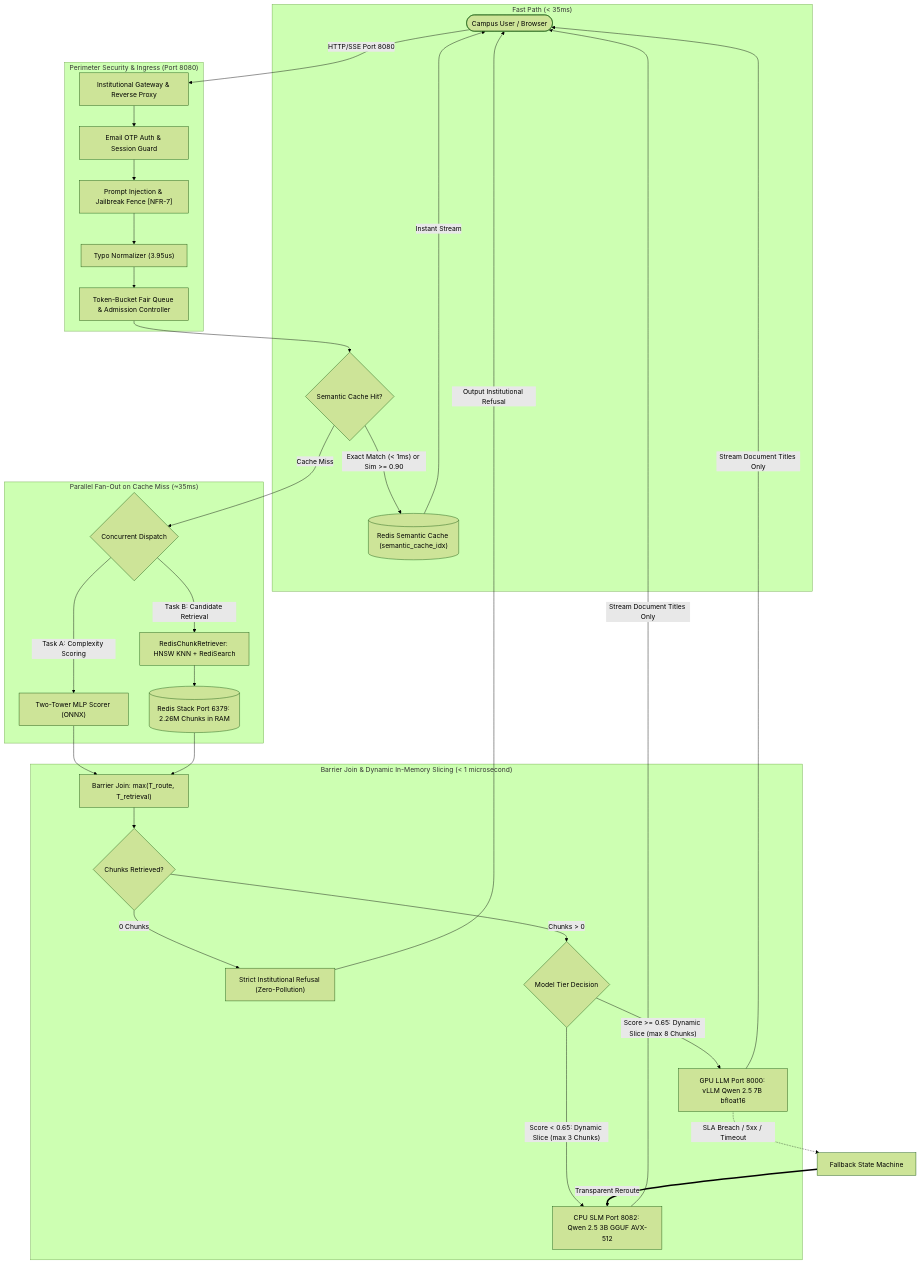
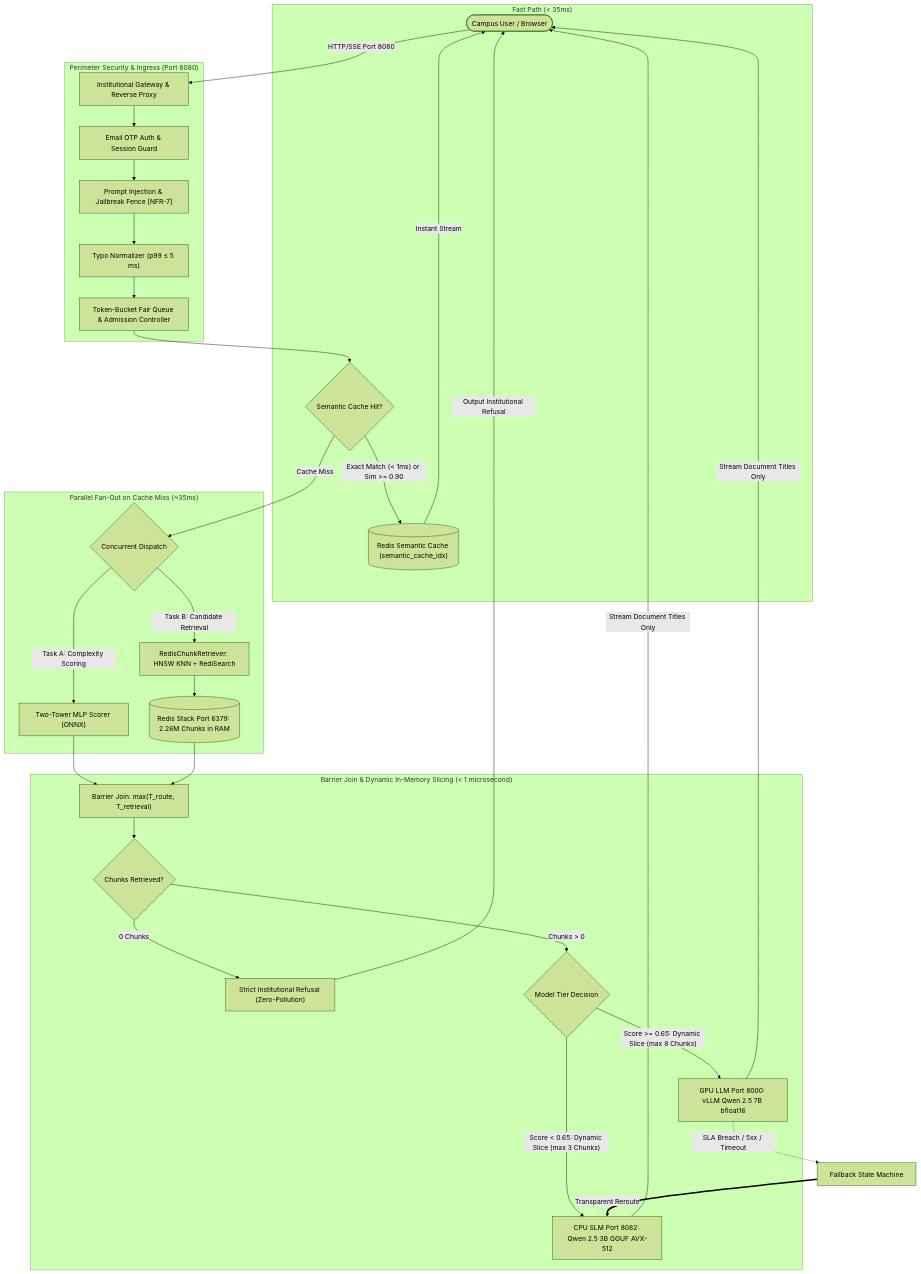
One commit to rutujmanware/Onprem-RAG-gateway changed the first of 3 diagrams in complete_system_documentation.md. Above: the diagram before and after it, drawn with Mermaid (forest theme). The commit also changed other lines of this file and 4 other files, not shown here.

````diff
--- a/complete_system_documentation.md
+++ b/complete_system_documentation.md
@@ -38,41 +38,41 @@
 ```mermaid
 flowchart TD
     User(["Campus User / Browser"]) -->|HTTP/SSE Port 8080| GW["Institutional Gateway & Reverse Proxy"]
     
     subgraph "Perimeter Security & Ingress (Port 8080)"
         GW --> Auth["Email OTP Auth & Session Guard"]
         Auth --> Injection["Prompt Injection & Jailbreak Fence [NFR-7]"]
-        Injection --> TypoNorm["Typo Normalizer (3.95us)"]
+        Injection --> TypoNorm["Typo Normalizer (p99 ≤ 5 ms)"]
         TypoNorm --> FairQ["Token-Bucket Fair Queue & Admission Controller"]
     end
 
     subgraph "Fast Path (< 35ms)"
         FairQ --> CacheCheck{"Semantic Cache Hit?"}
         CacheCheck -->|"Exact Match (< 1ms) or Sim >= 0.90"| RedisCache[("Redis Semantic Cache (semantic_cache_idx)")]
         RedisCache -->|"Instant Stream"| User
     end
 
     subgraph "Parallel Fan-Out on Cache Miss (~35ms)"
         CacheCheck -->|"Cache Miss"| Fork{"Concurrent Dispatch"}
         Fork -->|"Task A: Complexity Scoring"| Router["Two-Tower MLP Scorer (ONNX)"]
         Fork -->|"Task B: Candidate Retrieval"| RetEng["RedisChunkRetriever: HNSW KNN + RediSearch"]
         RetEng --> RedisDB[("Redis Stack Port 6379: 2.26M Chunks in RAM")]
     end
 
     subgraph "Barrier Join & Dynamic In-Memory Slicing (< 1 microsecond)"
         Router --> Join["Barrier Join: max(T_route, T_retrieval)"]
         RedisDB --> Join
         Join --> ZeroCheck{"Chunks Retrieved?"}
         ZeroCheck -->|"0 Chunks"| RefusalReturn["Strict Institutional Refusal (Zero-Pollution)"]
         ZeroCheck -->|"Chunks > 0"| Slice{"Model Tier Decision"}
         Slice -->|"Score < 0.65: Dynamic Slice (max 3 Chunks)"| CPUSLM["CPU SLM Port 8082: Qwen 2.5 3B GGUF AVX-512"]
         Slice -->|"Score >= 0.65: Dynamic Slice (max 8 Chunks)"| GPULLM["GPU LLM Port 8000: vLLM Qwen 2.5 7B bfloat16"]
     end
 
     GPULLM -.->|"SLA Breach / 5xx / Timeout"| Fallback["Fallback State Machine"]
     Fallback ==>|"Transparent Reroute"| CPUSLM
 
     RefusalReturn -->|"Output Institutional Refusal"| User
     CPUSLM -->|"Stream Document Titles Only"| User
     GPULLM -->|"Stream Document Titles Only"| User
 ```
````
